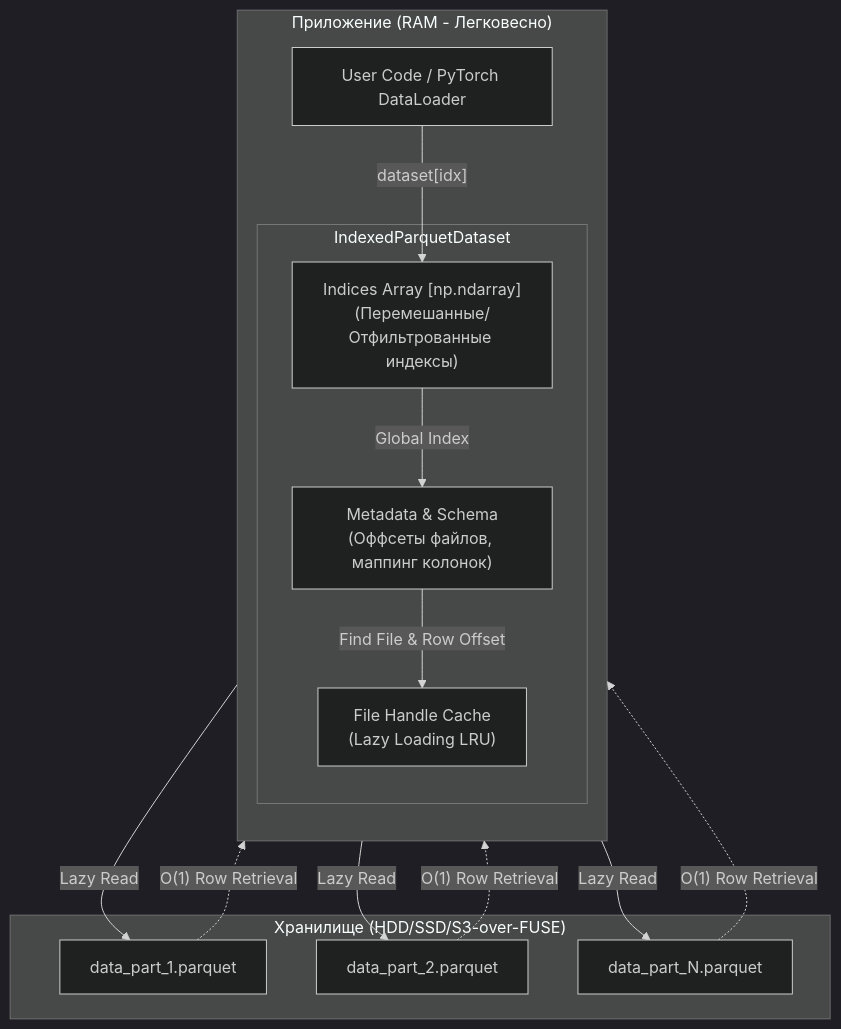
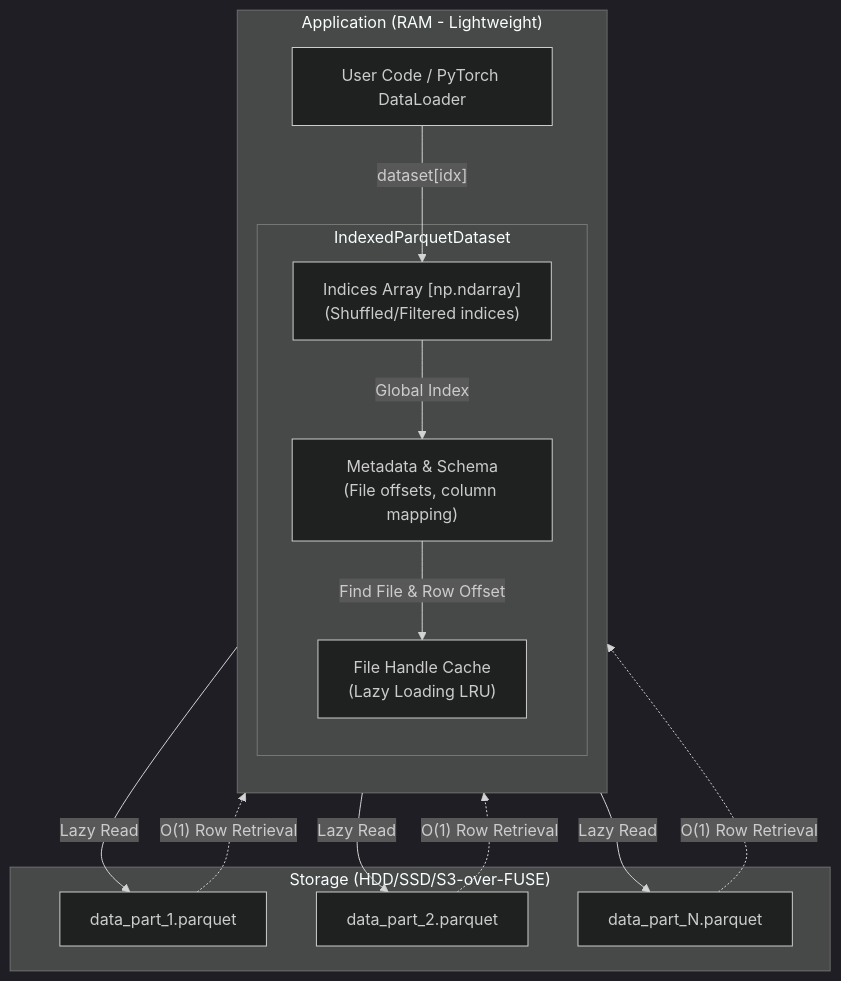
The diagram in README.md (Laeryid/indexed-parquet-dataset), drawn with Mermaid (dark theme) before and after one commit. The commit also changed other lines of this file and 39 other files, not shown here.

````diff
--- a/README.md
+++ b/README.md
@@ -32,29 +32,29 @@
 ```mermaid
 graph TD
-    subgraph RAM ["Приложение (RAM - Легковесно)"]
+    subgraph RAM ["Application (RAM - Lightweight)"]
         direction TB
         subgraph DS ["IndexedParquetDataset"]
-            Indices["Indices Array [np.ndarray]<br/>(Перемешанные/Отфильтрованные индексы)"]
-            Meta["Metadata & Schema<br/>(Оффсеты файлов, маппинг колонок)"]
+            Indices["Indices Array [np.ndarray]<br/>(Shuffled/Filtered indices)"]
+            Meta["Metadata & Schema<br/>(File offsets, column mapping)"]
             Cache["File Handle Cache<br/>(Lazy Loading LRU)"]
         end
         
         User["User Code / PyTorch DataLoader"] -- "dataset[idx]" --> Indices
         Indices -- "Global Index" --> Meta
         Meta -- "Find File & Row Offset" --> Cache
     end
     
-    subgraph Storage ["Хранилище (HDD/SSD/S3-over-FUSE)"]
+    subgraph Storage ["Storage (HDD/SSD/S3-over-FUSE)"]
         F1["data_part_1.parquet"]
         F2["data_part_2.parquet"]
         FN["data_part_N.parquet"]
     end
     
     Cache -- "Lazy Read" --> F1
     Cache -- "Lazy Read" --> F2
     Cache -- "Lazy Read" --> FN
     
     F1 -. "O(1) Row Retrieval" .-> User
     F2 -. "O(1) Row Retrieval" .-> User
     FN -. "O(1) Row Retrieval" .-> User
 ```
````
